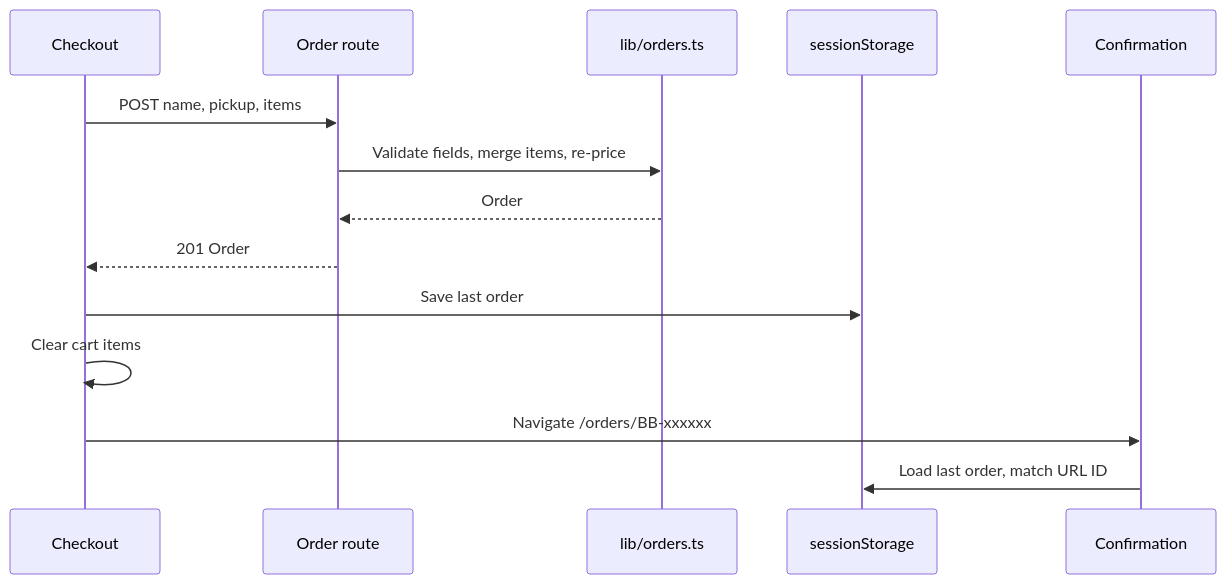
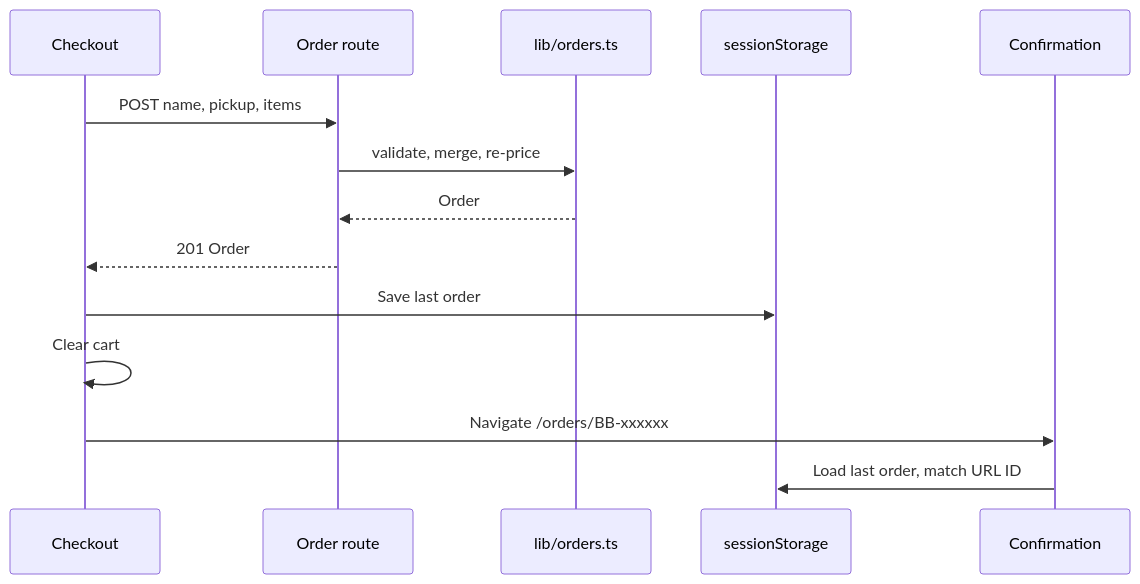
The diagram in droid-wiki/features/checkout.md (FactoryDemo/demo-storefront-practice), drawn with Mermaid before and after one commit. The commit also changed other lines of this file and 18 other files, not shown here.

````diff
--- a/droid-wiki/features/checkout.md
+++ b/droid-wiki/features/checkout.md
@@ -29,16 +25,16 @@
 ```mermaid
 sequenceDiagram
   participant C as Checkout
   participant A as Order route
   participant L as lib/orders.ts
   participant S as sessionStorage
   participant P as Confirmation
   C->>A: POST name, pickup, items
-  A->>L: Validate fields, merge items, re-price
+  A->>L: validate, merge, re-price
   L-->>A: Order
   A-->>C: 201 Order
   C->>S: Save last order
-  C->>C: Clear cart items
+  C->>C: Clear cart
   C->>P: Navigate /orders/BB-xxxxxx
   P->>S: Load last order, match URL ID
 ```
````
